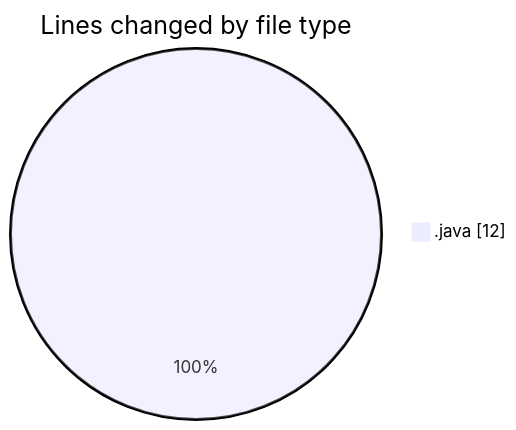
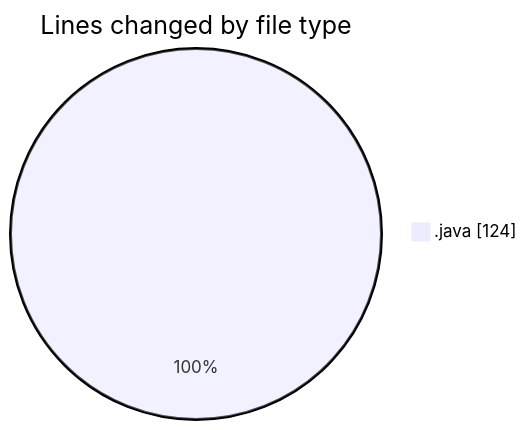
The first of 2 diagrams in 2026-09-10/cilapp/README.md (ricardozamudiocil/code-tracking), drawn with Mermaid before and after one commit. The commit also changed other lines of this file and 1 other file, not shown here.

````diff
--- a/2026-09-10/cilapp/README.md
+++ b/2026-09-10/cilapp/README.md
@@ -20,5 +21,5 @@
 ```mermaid
 pie showData
 title Lines changed by file type
-".java" : 12
+".java" : 124
 ```
````
